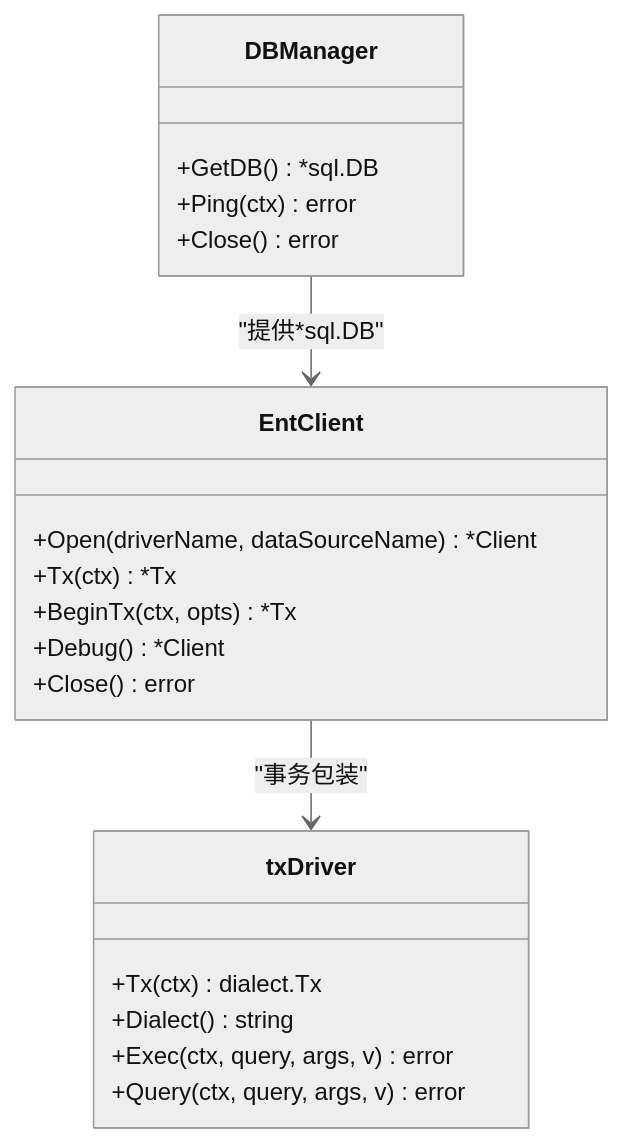
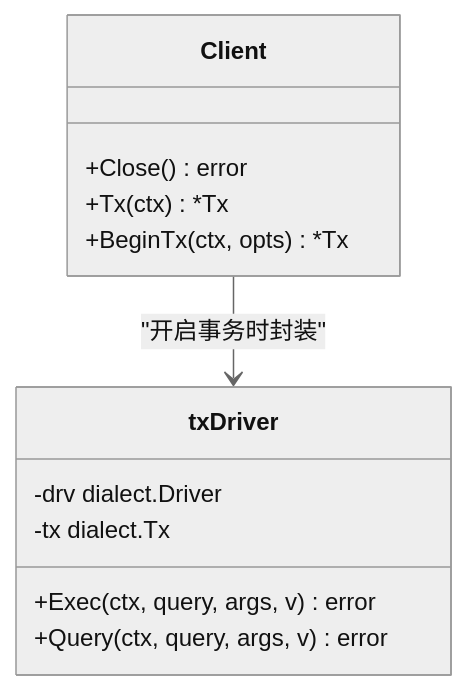
Before and after one commit to wuwuseo/e-sports-go-admin: the fifth of 7 diagrams in .qoder/repowiki/zh/content/配置管理/数据库配置.md, drawn with Mermaid (neutral theme). The commit also changed other lines of this file and 115 other files, not shown here.

````diff
--- a/.qoder/repowiki/zh/content/配置管理/数据库配置.md
+++ b/.qoder/repowiki/zh/content/配置管理/数据库配置.md
@@ -174,23 +167,15 @@
 ```mermaid
 classDiagram
-class DBManager {
-+GetDB() *sql.DB
-+Ping(ctx) error
+class Client {
 +Close() error
-}
-class EntClient {
-+Open(driverName, dataSourceName) *Client
 +Tx(ctx) *Tx
 +BeginTx(ctx, opts) *Tx
-+Debug() *Client
-+Close() error
 }
 class txDriver {
-+Tx(ctx) dialect.Tx
-+Dialect() string
+-drv dialect.Driver
+-tx dialect.Tx
 +Exec(ctx, query, args, v) error
 +Query(ctx, query, args, v) error
 }
-DBManager --> EntClient : "提供*sql.DB"
-EntClient --> txDriver : "事务包装"
+Client --> txDriver : "开启事务时封装"
 ```
````
